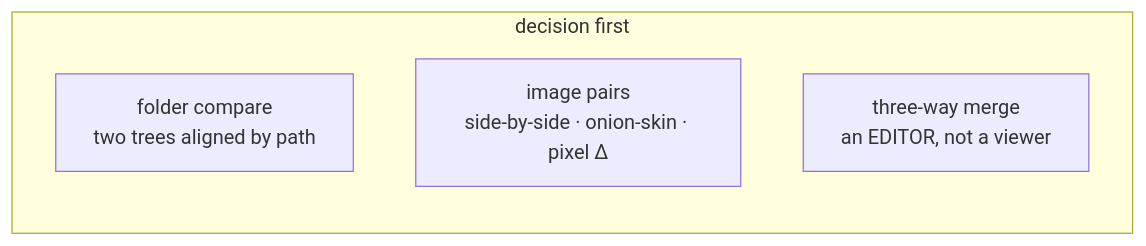
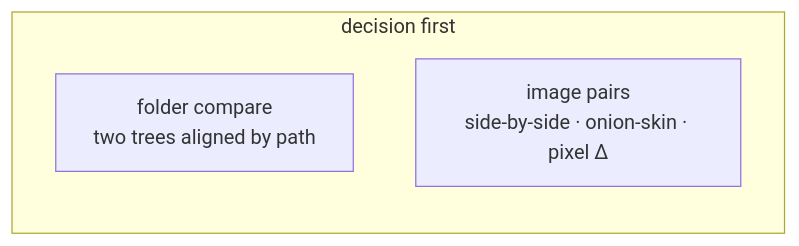
Before and after one commit to mindaugaskasp/diff-bro: the sixth of 10 diagrams in docs/roadmap.md, drawn with Mermaid. The commit also changed other lines of this file and 58 other files, not shown here.

````diff
--- a/docs/roadmap.md
+++ b/docs/roadmap.md
@@ -183,9 +224,8 @@
 ```mermaid
 flowchart LR
   subgraph decide["decision first"]
     direction TB
     f["folder compare<br>two trees aligned by path"]
     i["image pairs<br>side-by-side · onion-skin · pixel Δ"]
-    t["three-way merge<br>an EDITOR, not a viewer"]
   end
 ```
````
